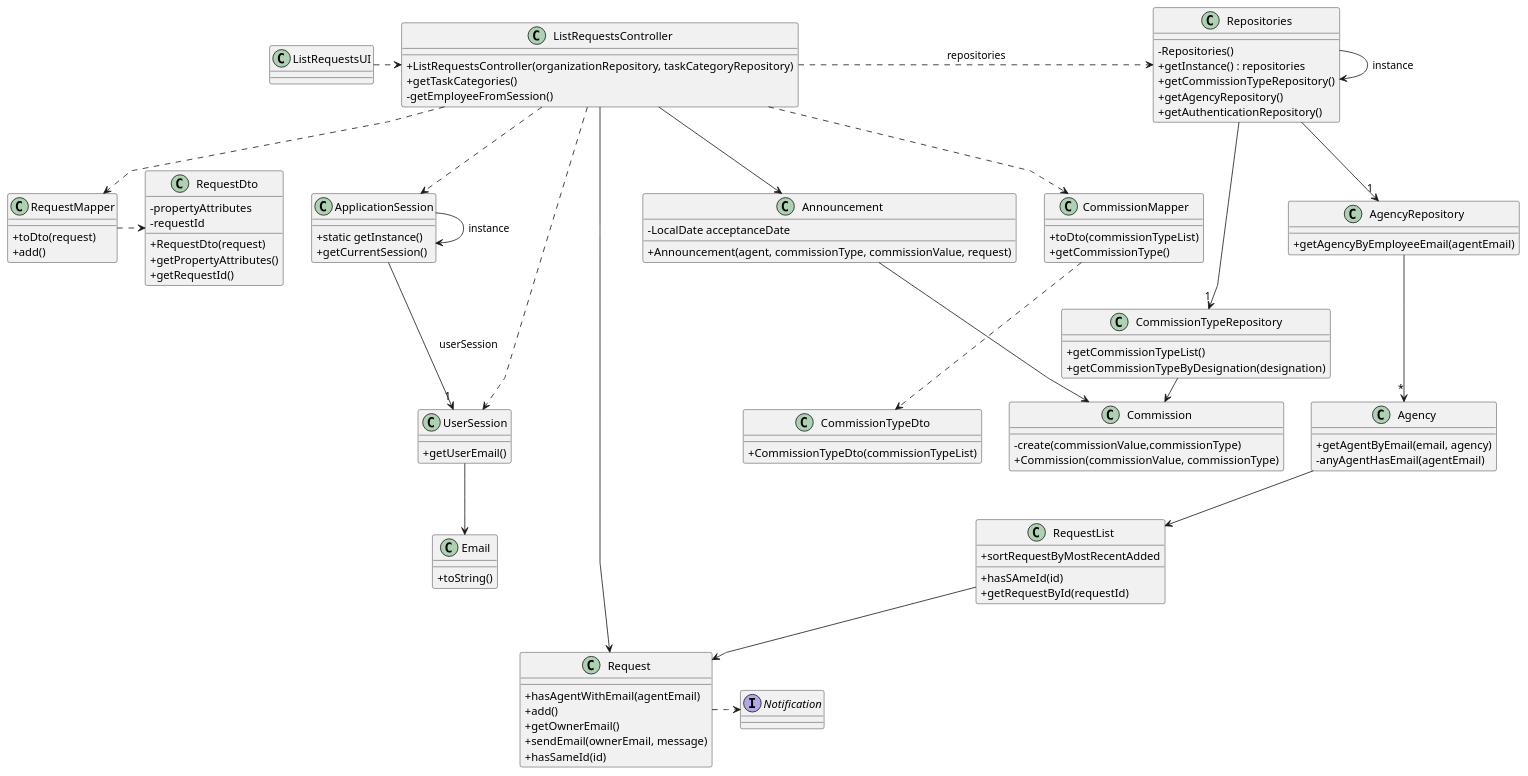
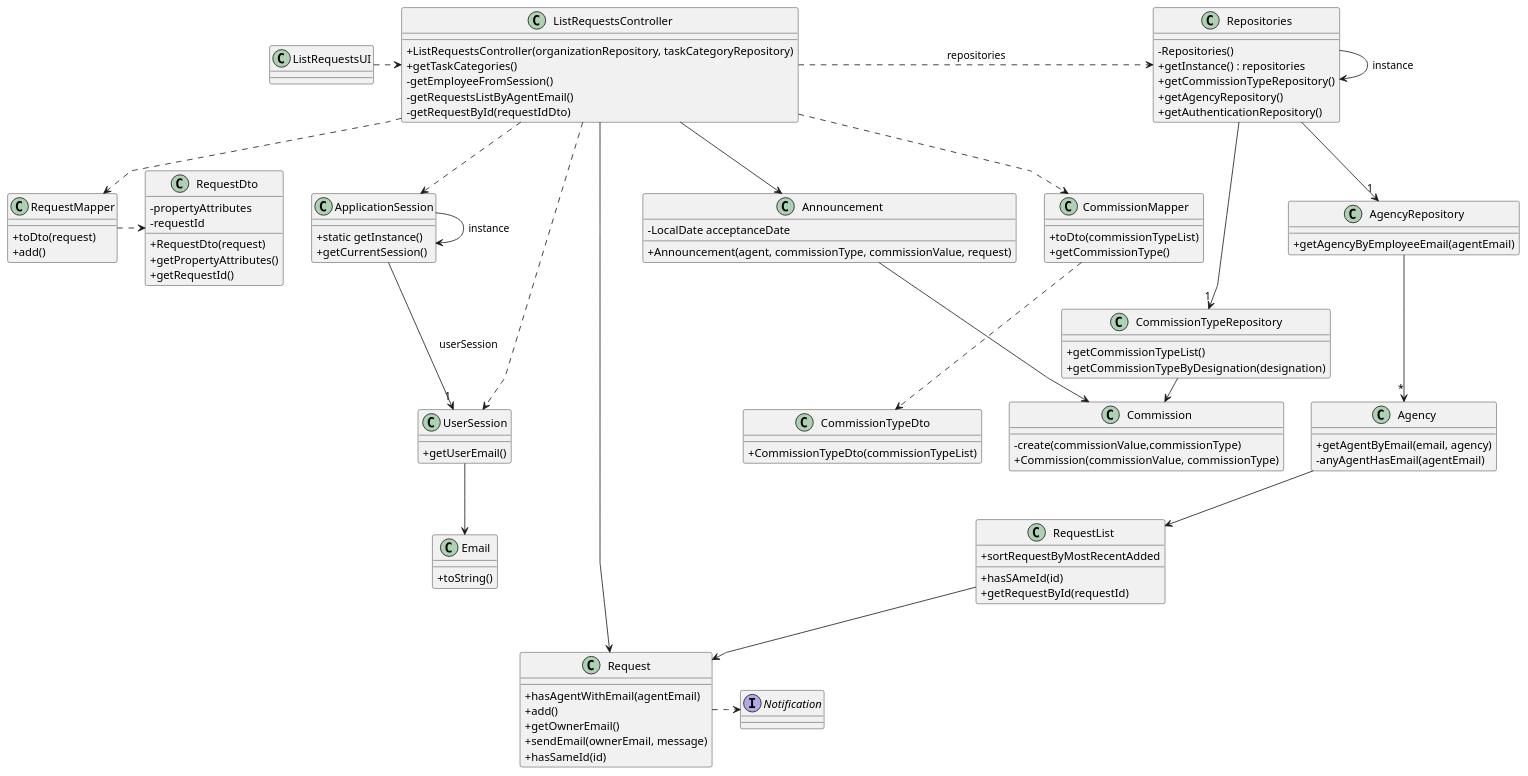
Before and after one commit to rita-barbosa/LAPR2-2223: the diagram in docs/sprintC/us008/03.design/puml/us008-class-diagram.puml, drawn with PlantUML. The commit also changed 1 other file, not shown here.

Commit message:
Update Class Diagram + SVG [US008][Design]

```diff
--- a/docs/sprintC/us008/03.design/puml/us008-class-diagram.puml
+++ b/docs/sprintC/us008/03.design/puml/us008-class-diagram.puml
@@ -1,148 +1,151 @@
 @startuml
 'skinparam monochrome true
 skinparam packageStyle rectangle
 skinparam shadowing false
 skinparam linetype polyline
 'skinparam linetype orto
 
 skinparam classAttributeIconSize 0
 
 'left to right direction
 
 class ApplicationSession {
     + static getInstance()
     + getCurrentSession()
 }
 
 class UserSession {
     + getUserEmail()
 }
 
 'class Person {
 '    - agentEmail
 '}
 
 class CommissionTypeRepository {
     + getCommissionTypeList()
-    +getCommissionTypeByDesignation(designation)
+    + getCommissionTypeByDesignation(designation)
 }
 
 class AgencyRepository {
     + getAgencyByEmployeeEmail(agentEmail)
 }
 
 class Repositories {
     - Repositories()
     + getInstance() : repositories
     + getCommissionTypeRepository()
     + getAgencyRepository()
-    +getAuthenticationRepository()
+    + getAuthenticationRepository()
 }
 
 class ListRequestsController {
     + ListRequestsController(organizationRepository, taskCategoryRepository)
     + getTaskCategories()
     - getEmployeeFromSession()
+    - getRequestsListByAgentEmail()
+    - getRequestById(requestIdDto)
+
 }
 
 class ListRequestsUI {
 }
 
 class Email{
  +toString()
 }
 
 class Announcement{
     - LocalDate acceptanceDate
-    +Announcement(agent, commissionType, commissionValue, request)
+    + Announcement(agent, commissionType, commissionValue, request)
 }
 
 class Commission{
     - create(commissionValue,commissionType)
-    +Commission(commissionValue, commissionType)
+    + Commission(commissionValue, commissionType)
 }
 
 class Agency{
     + getAgentByEmail(email, agency)
     - anyAgentHasEmail(agentEmail)
 }
 
 class Request{
 +hasAgentWithEmail(agentEmail)
 +add()
 +getOwnerEmail()
 +sendEmail(ownerEmail, message)
 +hasSameId(id)
 }
 
 class RequestList{
 +sortRequestByMostRecentAdded
 +hasSAmeId(id)
 +getRequestById(requestId)
 }
 
 class RequestMapper{
 +toDto(request)
 +add()
 }
 
 class RequestDto{
 -propertyAttributes
 -requestId
 
 +RequestDto(request)
 +getPropertyAttributes()
 +getRequestId()
 }
 
 interface Notification{
 }
 
 class CommissionMapper{
 +toDto(commissionTypeList)
 +getCommissionType()
 }
 
 class CommissionTypeDto{
 +CommissionTypeDto(commissionTypeList)
 
 }
 
 
 
 Repositories -> Repositories : instance
 ApplicationSession -> ApplicationSession : instance
 
 ListRequestsUI .> ListRequestsController
 
 ListRequestsController .> Repositories : repositories
 
 Repositories --> "1" AgencyRepository
 Repositories --> "1" CommissionTypeRepository
 
 AgencyRepository --> "*" Agency
 
 ApplicationSession --> "1" UserSession : userSession
 UserSession --> Email
 
 ListRequestsController ..> ApplicationSession
 ListRequestsController ..> UserSession
 
 ListRequestsController ..> RequestMapper
 ListRequestsController ..> CommissionMapper
 ListRequestsController --> Announcement
 ListRequestsController -> Request
 Agency --> RequestList
 RequestList --> Request
 Request .> Notification
 CommissionTypeRepository -> Commission
 Announcement --> Commission
 CommissionMapper ..> CommissionTypeDto
 RequestMapper .> RequestDto
 
 
 
 
 
 
 @enduml
```
